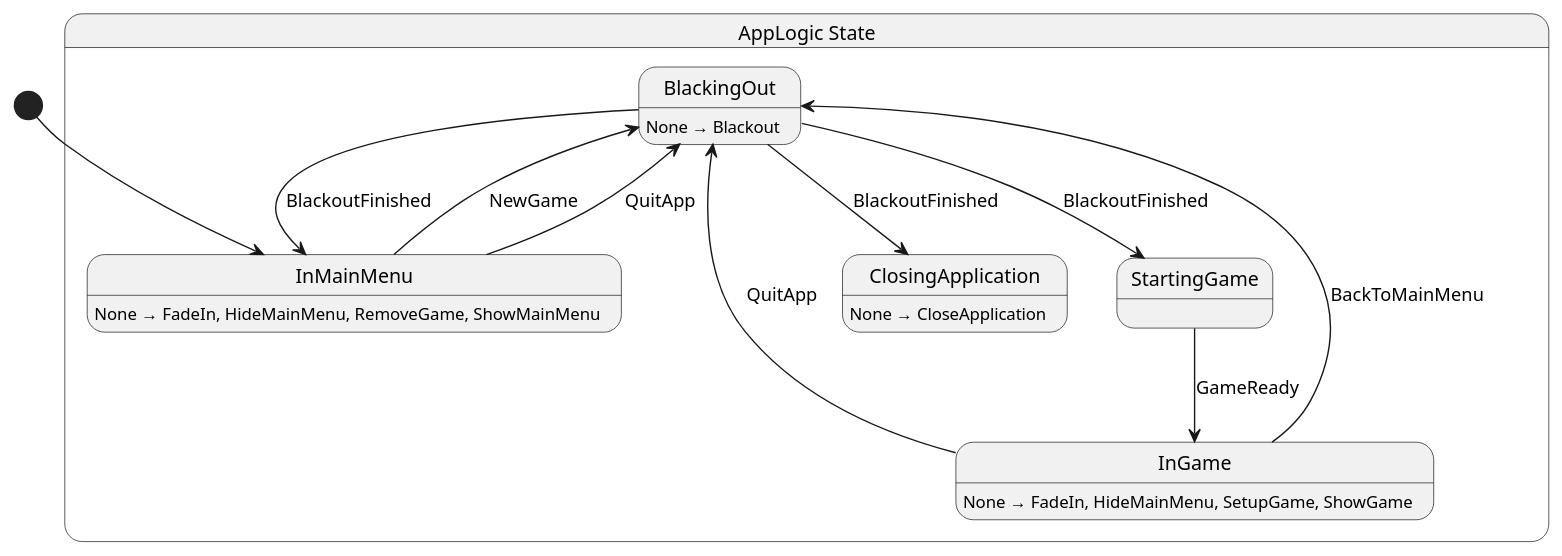
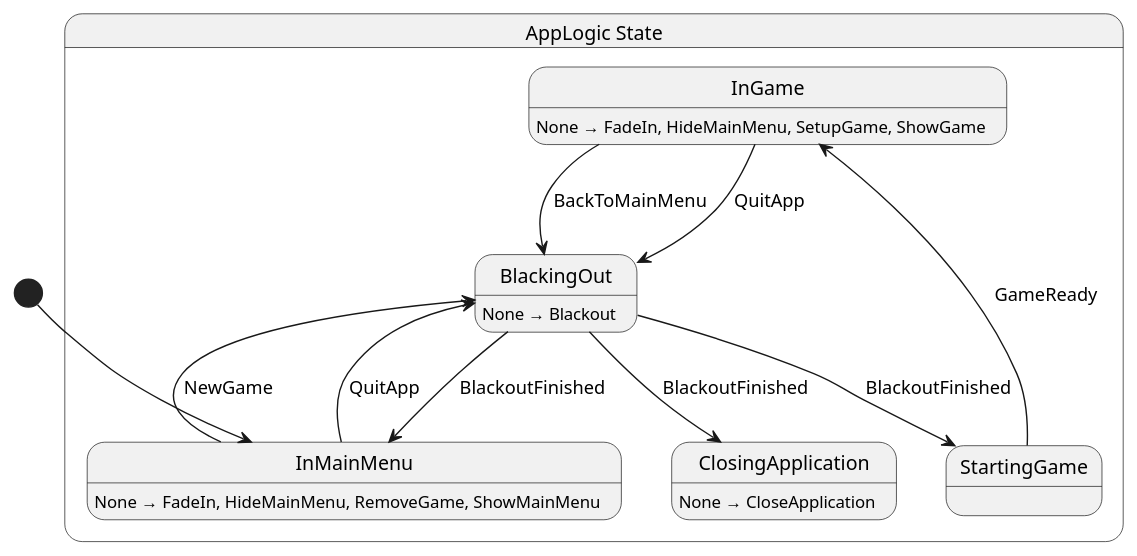
One commit to Nilsiker/Adventure changed the diagram in src/app/state/AppLogic.g.puml. Above: the diagram before and after it, drawn with PlantUML. The commit also changed other lines of this file and 8 other files, not shown here.

```diff
--- a/src/app/state/AppLogic.g.puml
+++ b/src/app/state/AppLogic.g.puml
@@ -1,25 +1,25 @@
 @startuml AppLogic
 state "AppLogic State" as Shellguard_AppLogic_State {
+  state "InGame" as Shellguard_AppLogic_State_InGame
   state "BlackingOut" as Shellguard_AppLogic_State_BlackingOut
+  state "StartingGame" as Shellguard_AppLogic_State_StartingGame
   state "ClosingApplication" as Shellguard_AppLogic_State_ClosingApplication
-  state "InGame" as Shellguard_AppLogic_State_InGame
   state "InMainMenu" as Shellguard_AppLogic_State_InMainMenu
-  state "StartingGame" as Shellguard_AppLogic_State_StartingGame
 }
 
 Shellguard_AppLogic_State_BlackingOut --> Shellguard_AppLogic_State_ClosingApplication : BlackoutFinished
 Shellguard_AppLogic_State_BlackingOut --> Shellguard_AppLogic_State_InMainMenu : BlackoutFinished
 Shellguard_AppLogic_State_BlackingOut --> Shellguard_AppLogic_State_StartingGame : BlackoutFinished
 Shellguard_AppLogic_State_InGame --> Shellguard_AppLogic_State_BlackingOut : BackToMainMenu
 Shellguard_AppLogic_State_InGame --> Shellguard_AppLogic_State_BlackingOut : QuitApp
 Shellguard_AppLogic_State_InMainMenu --> Shellguard_AppLogic_State_BlackingOut : NewGame
 Shellguard_AppLogic_State_InMainMenu --> Shellguard_AppLogic_State_BlackingOut : QuitApp
 Shellguard_AppLogic_State_StartingGame --> Shellguard_AppLogic_State_InGame : GameReady
 
 Shellguard_AppLogic_State_BlackingOut : None → Blackout
 Shellguard_AppLogic_State_ClosingApplication : None → CloseApplication
 Shellguard_AppLogic_State_InGame : None → FadeIn, HideMainMenu, SetupGame, ShowGame
 Shellguard_AppLogic_State_InMainMenu : None → FadeIn, HideMainMenu, RemoveGame, ShowMainMenu
 
 [*] --> Shellguard_AppLogic_State_InMainMenu
 @enduml
```
